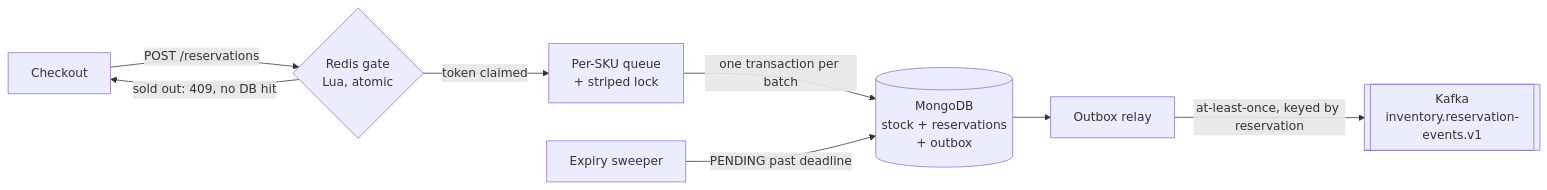
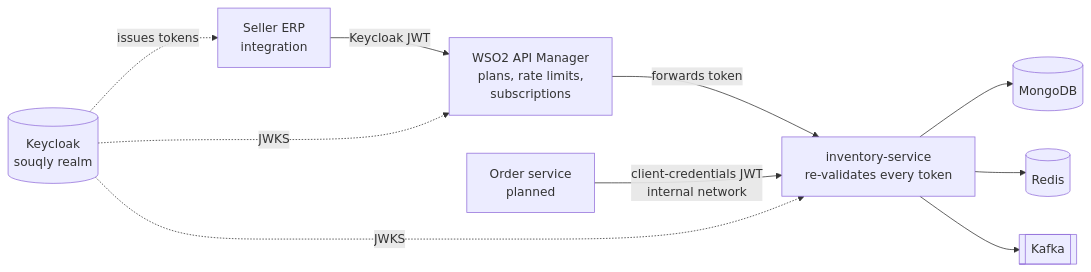
Before and after one commit to asemdreibati/comptech-stack: the diagram in README.md, drawn with Mermaid. The commit also changed other lines of this file and 9 other files, not shown here.

First line of the commit message:
Put the inventory API behind WSO2 API Manager

````diff
--- a/README.md
+++ b/README.md
@@ -37,10 +17,12 @@
 ```mermaid
 flowchart LR
-    C[Checkout] -->|POST /reservations| G{Redis gate<br/>Lua, atomic}
-    G -->|sold out: 409, no DB hit| C
-    G -->|token claimed| Q[Per-SKU queue<br/>+ striped lock]
-    Q -->|one transaction per batch| M[(MongoDB<br/>stock + reservations<br/>+ outbox)]
-    M --> R[Outbox relay]
-    R -->|at-least-once, keyed by reservation| K[[Kafka<br/>inventory.reservation-events.v1]]
-    S[Expiry sweeper] -->|PENDING past deadline| M
+    ERP[Seller ERP<br/>integration] -->|Keycloak JWT| GW[WSO2 API Manager<br/>plans, rate limits,<br/>subscriptions]
+    GW -->|forwards token| INV
+    ORD[Order service<br/>planned] -->|client-credentials JWT<br/>internal network| INV[inventory-service<br/>re-validates every token]
+    KC[(Keycloak<br/>souqly realm)] -. issues tokens .-> ERP
+    KC -. JWKS .-> GW
+    KC -. JWKS .-> INV
+    INV --> M[(MongoDB)]
+    INV --> R[(Redis)]
+    INV --> K[[Kafka]]
 ```
````
